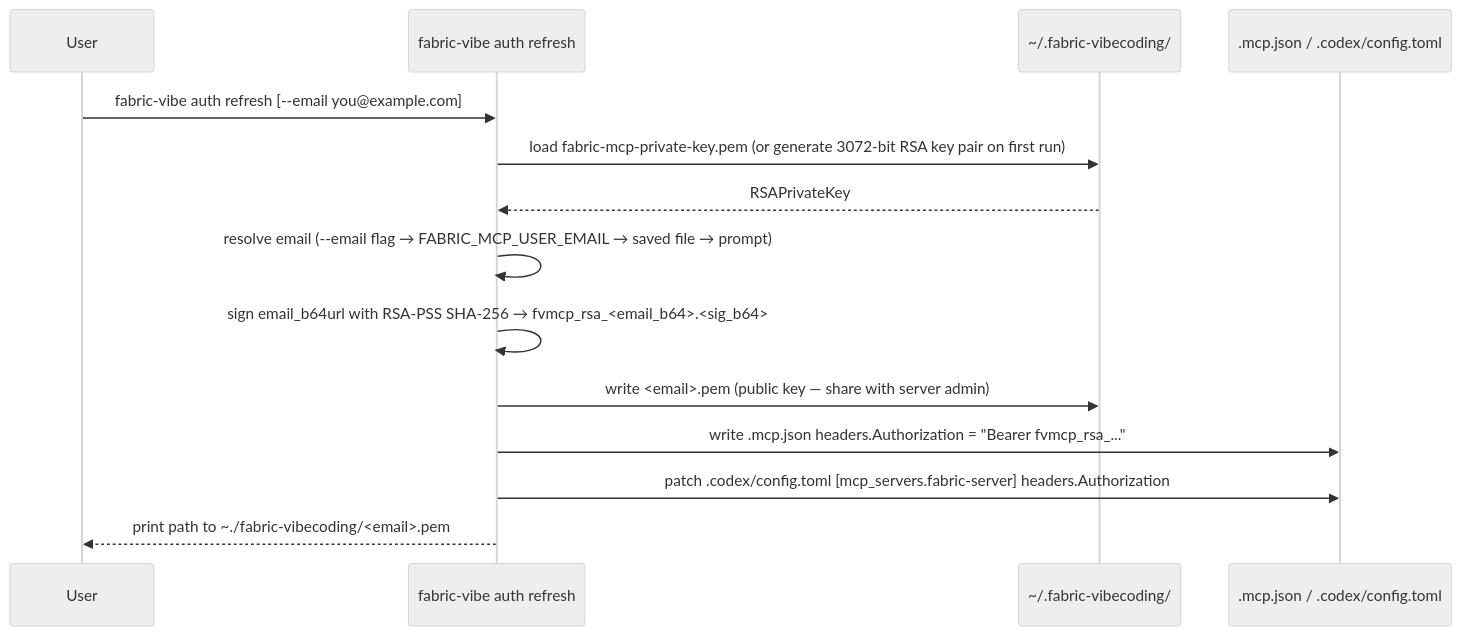
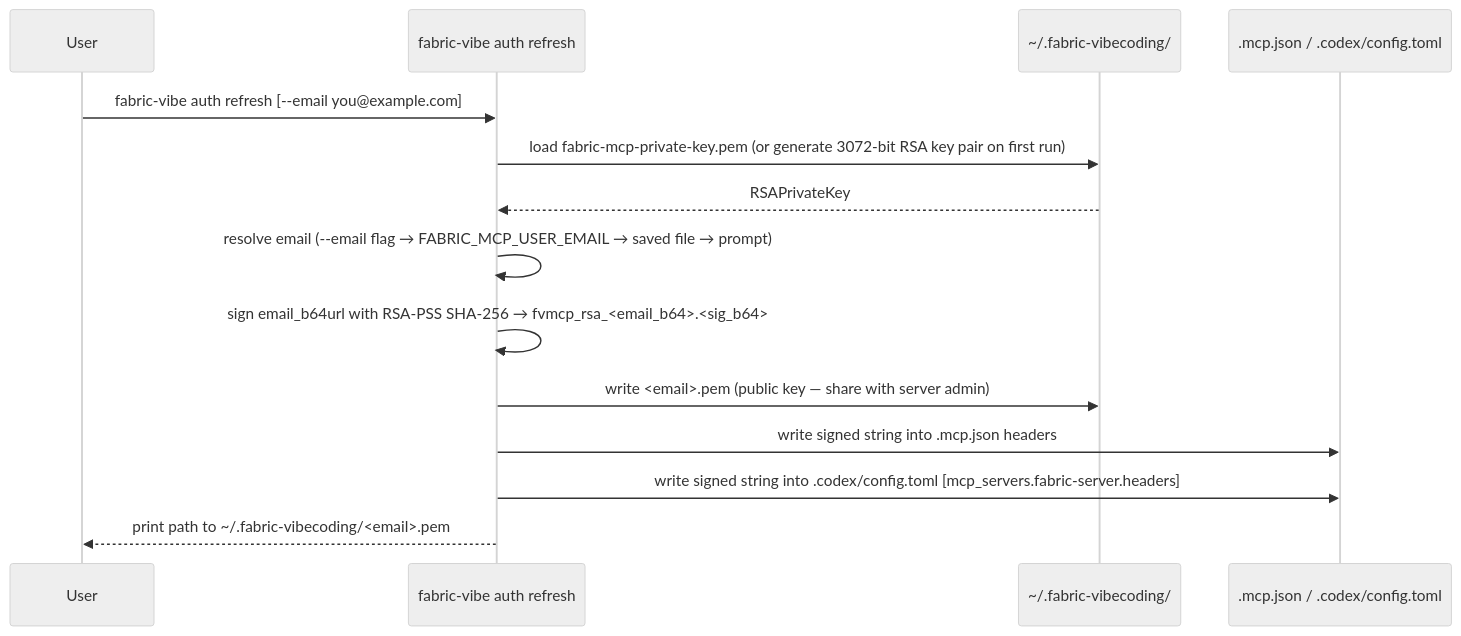
The first of 2 diagrams in docs/mcp-auth-flow.md (scardoso-lu/fabric-skills-settings), drawn with Mermaid (neutral theme) before and after one commit. The commit also changed other lines of this file, not shown here.

First line of the commit message:
docs: remove Bearer wrapper from mcp-auth-flow — signed string stored as-is

````diff
--- a/docs/mcp-auth-flow.md
+++ b/docs/mcp-auth-flow.md
@@ -39,17 +41,17 @@
 ```mermaid
 sequenceDiagram
     participant User
     participant CLI as fabric-vibe auth refresh
     participant FS as ~/.fabric-vibecoding/
     participant CFG as .mcp.json / .codex/config.toml
 
     User->>CLI: fabric-vibe auth refresh [--email you@example.com]
     CLI->>FS: load fabric-mcp-private-key.pem (or generate 3072-bit RSA key pair on first run)
     FS-->>CLI: RSAPrivateKey
     CLI->>CLI: resolve email (--email flag → FABRIC_MCP_USER_EMAIL → saved file → prompt)
     CLI->>CLI: sign email_b64url with RSA-PSS SHA-256 → fvmcp_rsa_<email_b64>.<sig_b64>
     CLI->>FS: write <email>.pem (public key — share with server admin)
-    CLI->>CFG: write .mcp.json headers.Authorization = "Bearer fvmcp_rsa_..."
-    CLI->>CFG: patch .codex/config.toml [mcp_servers.fabric-server] headers.Authorization
-    CLI-->>User: print path to ~./fabric-vibecoding/<email>.pem
+    CLI->>CFG: write signed string into .mcp.json headers
+    CLI->>CFG: write signed string into .codex/config.toml [mcp_servers.fabric-server.headers]
+    CLI-->>User: print path to ~/.fabric-vibecoding/<email>.pem
 ```
````
